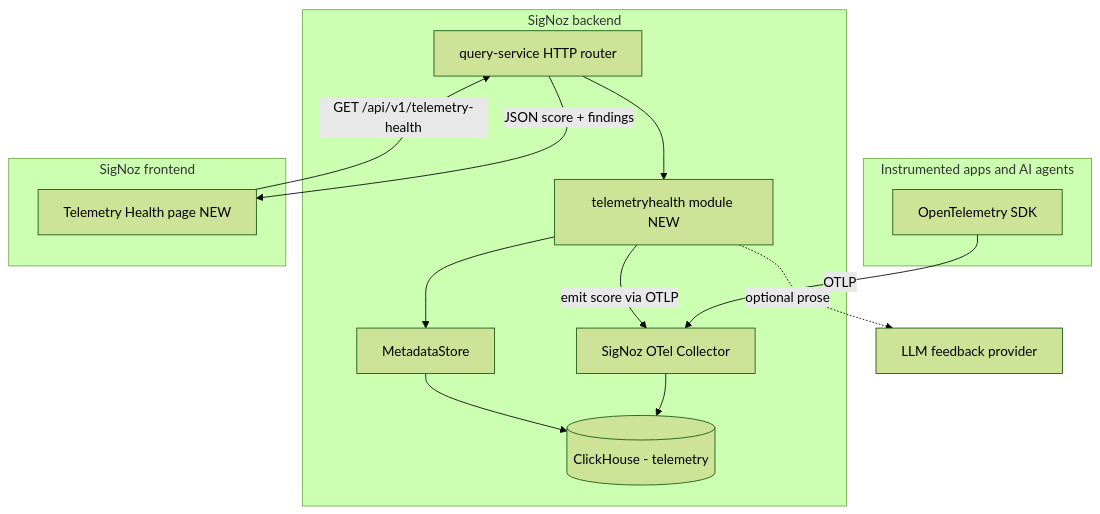
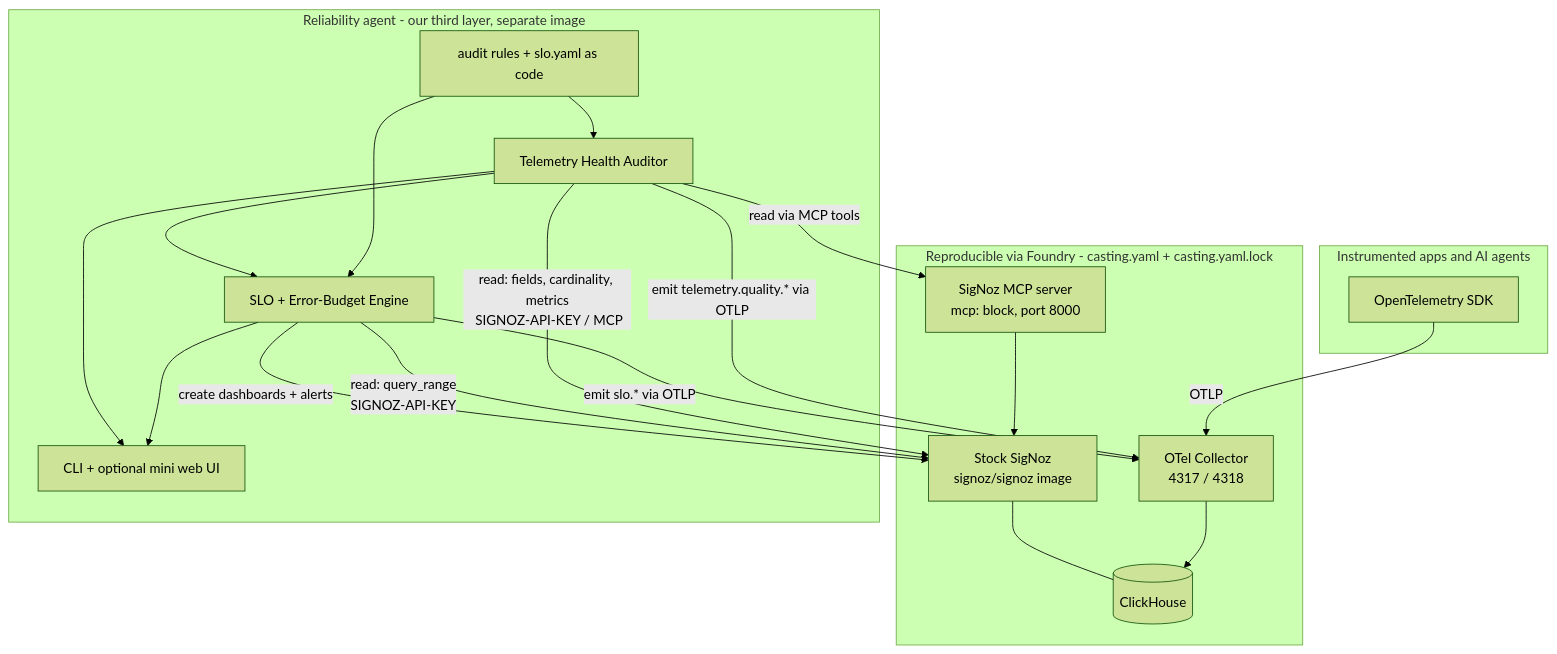
One commit to SigNoz/signoz changed the first of 3 diagrams in hackathon/telemetry-health-auditor-prd.md. Above: the diagram before and after it, drawn with Mermaid (forest theme). The commit also changed other lines of this file, not shown here.

First line of the commit message:
docs(hackathon): pivot PRD to third-layer architecture

````diff
--- a/hackathon/telemetry-health-auditor-prd.md
+++ b/hackathon/telemetry-health-auditor-prd.md
@@ -127,25 +162,35 @@
 ```mermaid
 flowchart TD
-    subgraph app[Instrumented apps and AI agents]
+    subgraph apps[Instrumented apps and AI agents]
         SDK[OpenTelemetry SDK]
     end
-    SDK -->|OTLP| COL[SigNoz OTel Collector]
-    COL --> CH[(ClickHouse - telemetry)]
 
-    subgraph signoz[SigNoz backend]
-        QS[query-service HTTP router]
-        META[MetadataStore]
-        AUD[telemetryhealth module NEW]
-        QS --> AUD
-        AUD --> META
-        META --> CH
-        AUD -->|emit score via OTLP| COL
+    subgraph foundry[Reproducible via Foundry - casting.yaml + casting.yaml.lock]
+        COL[OTel Collector\n 4317 / 4318]
+        SZ[Stock SigNoz\n signoz/signoz image]
+        MCP[SigNoz MCP server\n mcp: block, port 8000]
+        CH[(ClickHouse)]
+        SDK -->|OTLP| COL --> CH
+        SZ --- CH
+        MCP --> SZ
     end
 
-    subgraph fe[SigNoz frontend]
-        PAGE[Telemetry Health page NEW]
+    subgraph ours[Reliability agent - our third layer, separate image]
+        AUD[Telemetry Health Auditor]
+        SLO[SLO + Error-Budget Engine]
+        CFG[audit rules + slo.yaml as code]
+        OUT[CLI + optional mini web UI]
+        CFG --> AUD
+        CFG --> SLO
+        AUD --> SLO
+        SLO --> OUT
+        AUD --> OUT
     end
-    PAGE -->|GET /api/v1/telemetry-health| QS
-    QS -->|JSON score + findings| PAGE
-    AUD -.optional prose.-> LLM[LLM feedback provider]
+
+    AUD -->|read: fields, cardinality, metrics\n SIGNOZ-API-KEY / MCP| SZ
+    SLO -->|read: query_range\n SIGNOZ-API-KEY| SZ
+    AUD -->|read via MCP tools| MCP
+    AUD -->|emit telemetry.quality.* via OTLP| COL
+    SLO -->|emit slo.* via OTLP| COL
+    SLO -->|create dashboards + alerts| SZ
 ```
````
